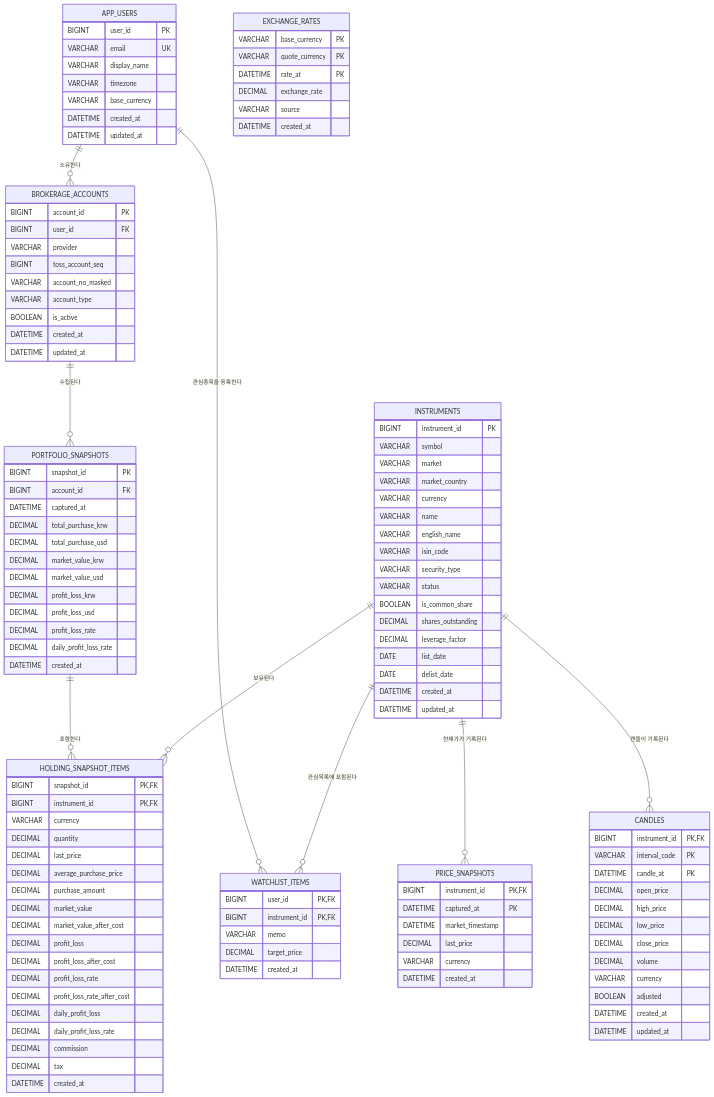
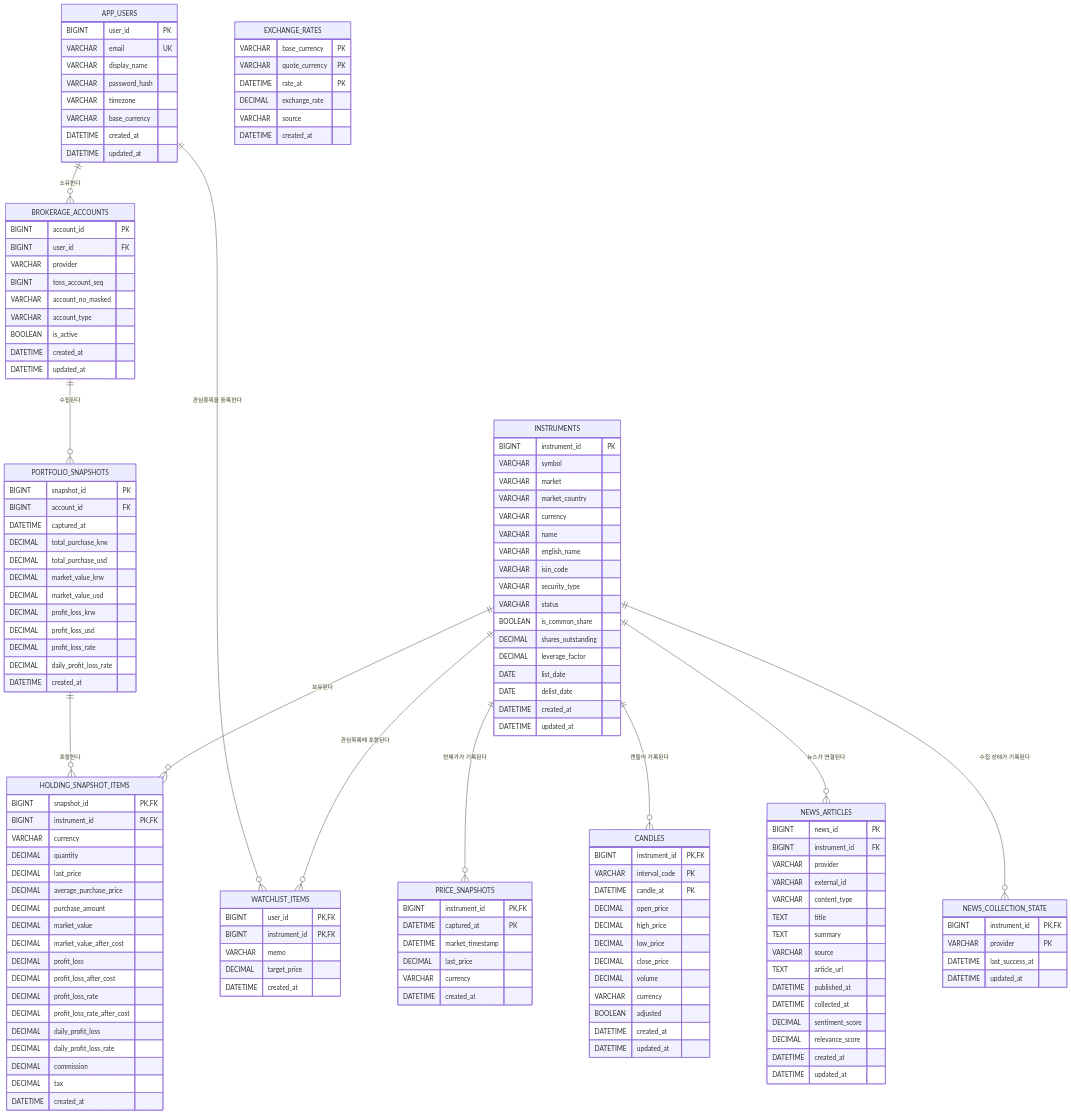
One commit to kimgyeongmin5348/TOSS_MANAGER changed the diagram in README.md. Above: the diagram before and after it, drawn with Mermaid. The commit also changed other lines of this file and 21 other files, not shown here.

````diff
--- a/README.md
+++ b/README.md
@@ -75,6 +107,7 @@
         BIGINT user_id PK
         VARCHAR email UK
         VARCHAR display_name
+        VARCHAR password_hash
         VARCHAR timezone
         VARCHAR base_currency
         DATETIME created_at
@@ -173,6 +206,31 @@
         DATETIME updated_at
     }
 
+    NEWS_ARTICLES {
+        BIGINT news_id PK
+        BIGINT instrument_id FK
+        VARCHAR provider
+        VARCHAR external_id
+        VARCHAR content_type
+        TEXT title
+        TEXT summary
+        VARCHAR source
+        TEXT article_url
+        DATETIME published_at
+        DATETIME collected_at
+        DECIMAL sentiment_score
+        DECIMAL relevance_score
+        DATETIME created_at
+        DATETIME updated_at
+    }
+
+    NEWS_COLLECTION_STATE {
+        BIGINT instrument_id PK,FK
+        VARCHAR provider PK
+        DATETIME last_success_at
+        DATETIME updated_at
+    }
+
     EXCHANGE_RATES {
         VARCHAR base_currency PK
         VARCHAR quote_currency PK
@@ -196,6 +254,8 @@
     INSTRUMENTS ||--o{ HOLDING_SNAPSHOT_ITEMS : "보유된다"
     INSTRUMENTS ||--o{ PRICE_SNAPSHOTS : "현재가가 기록된다"
     INSTRUMENTS ||--o{ CANDLES : "캔들이 기록된다"
+    INSTRUMENTS ||--o{ NEWS_ARTICLES : "뉴스가 연결된다"
+    INSTRUMENTS ||--o{ NEWS_COLLECTION_STATE : "수집 상태가 기록된다"
     APP_USERS ||--o{ WATCHLIST_ITEMS : "관심종목을 등록한다"
     INSTRUMENTS ||--o{ WATCHLIST_ITEMS : "관심목록에 포함된다"
 ```
````
